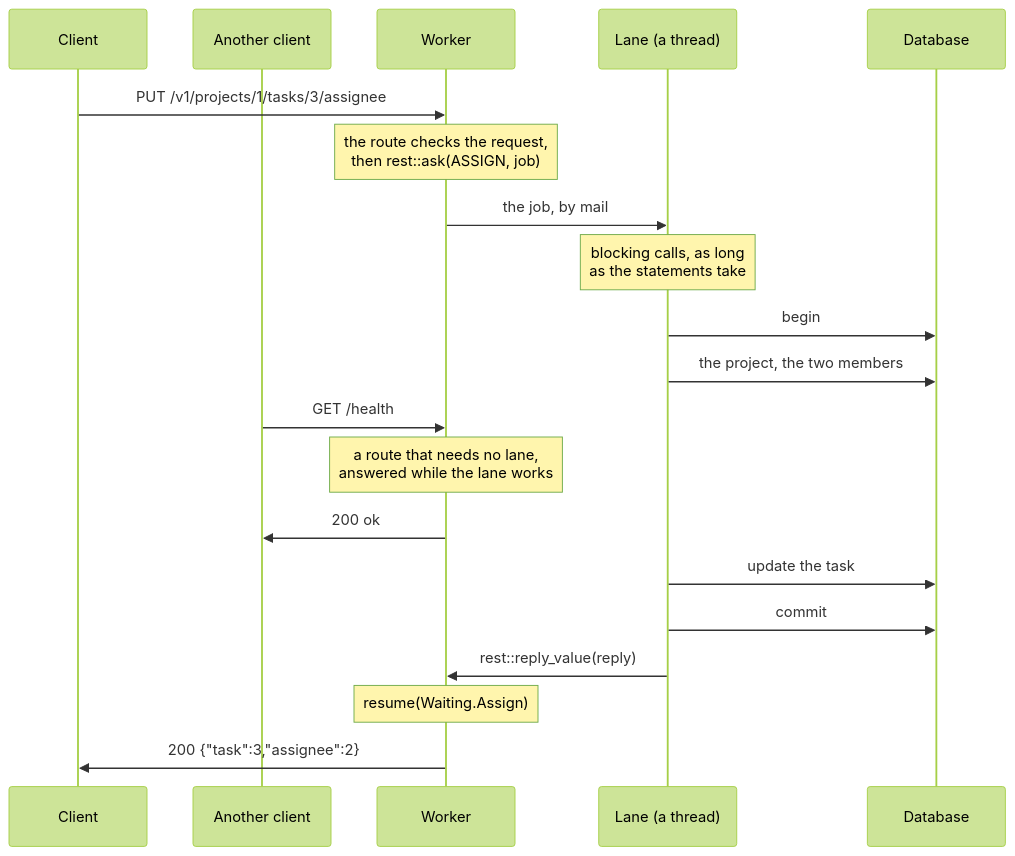
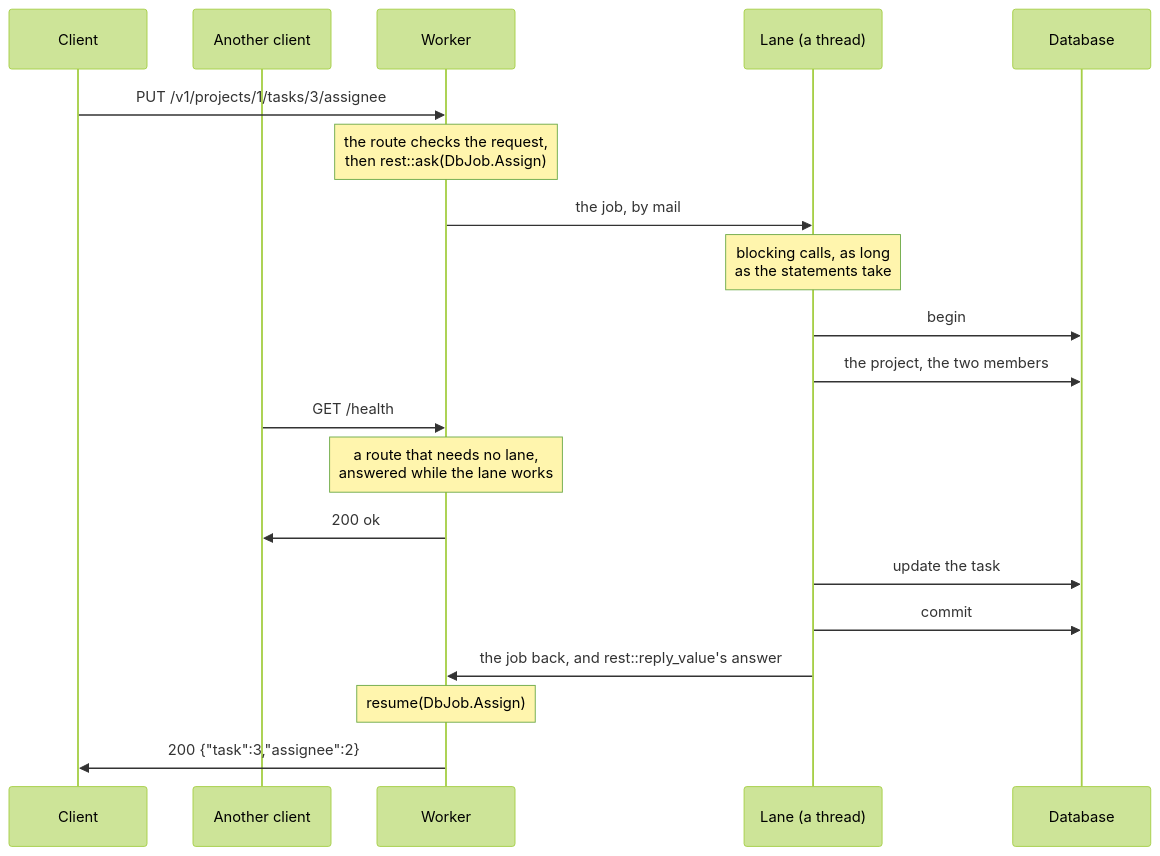
Before and after one commit to kaitk/goose-rest: the diagram in docs/tutorial/11-waiting.md, drawn with Mermaid (forest theme). The commit also changed other lines of this file and 86 other files, not shown here.

Commit message:
Type each lane by an enum of its jobs, and carry the job back

````diff
--- a/docs/tutorial/11-waiting.md
+++ b/docs/tutorial/11-waiting.md
@@ -46,22 +46,22 @@
 ```mermaid
 sequenceDiagram
     participant C as Client
     participant C2 as Another client
     participant W as Worker
     participant S as Lane (a thread)
     participant D as Database
     C->>W: PUT /v1/projects/1/tasks/3/assignee
-    Note over W: the route checks the request,<br/>then rest::ask(ASSIGN, job)
+    Note over W: the route checks the request,<br/>then rest::ask(DbJob.Assign)
     W->>S: the job, by mail
     Note over S: blocking calls, as long<br/>as the statements take
     S->>D: begin
     S->>D: the project, the two members
     C2->>W: GET /health
     Note over W: a route that needs no lane,<br/>answered while the lane works
     W->>C2: 200 ok
     S->>D: update the task
     S->>D: commit
-    S->>W: rest::reply_value(reply)
-    Note over W: resume(Waiting.Assign)
+    S->>W: the job back, and rest::reply_value's answer
+    Note over W: resume(DbJob.Assign)
     W->>C: 200 {"task":3,"assignee":2}
 ```
````
